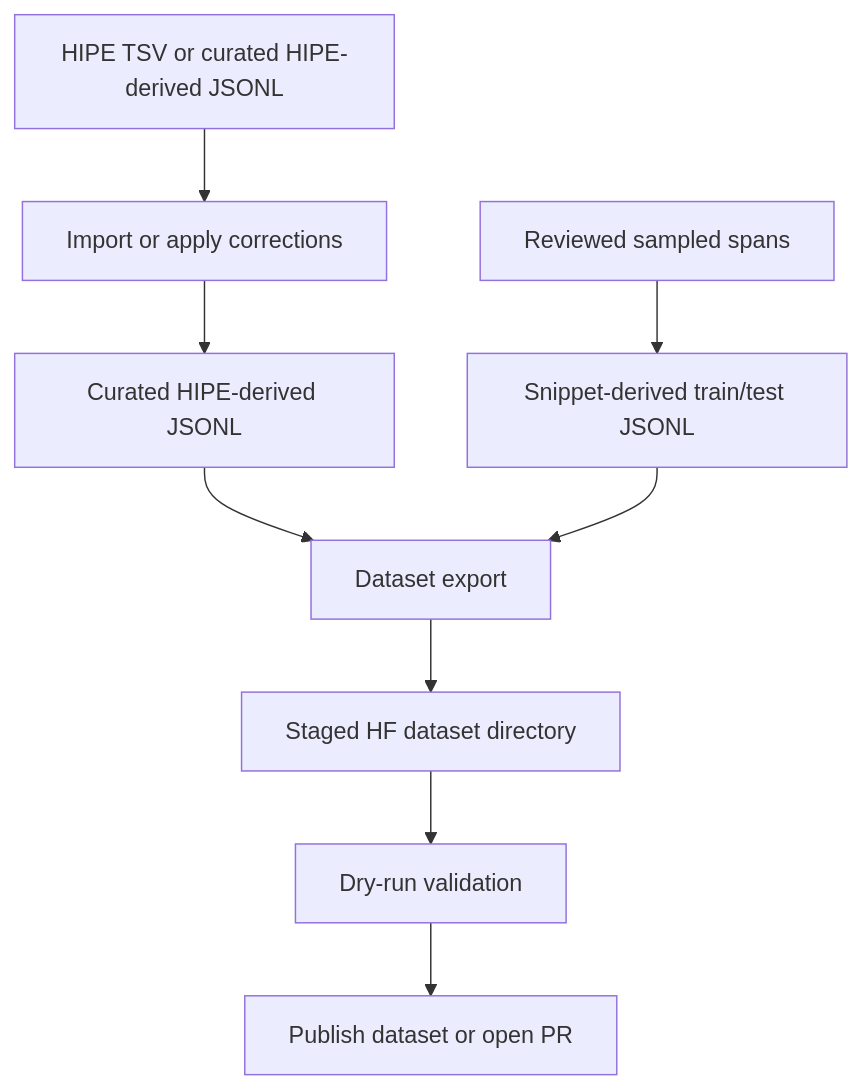
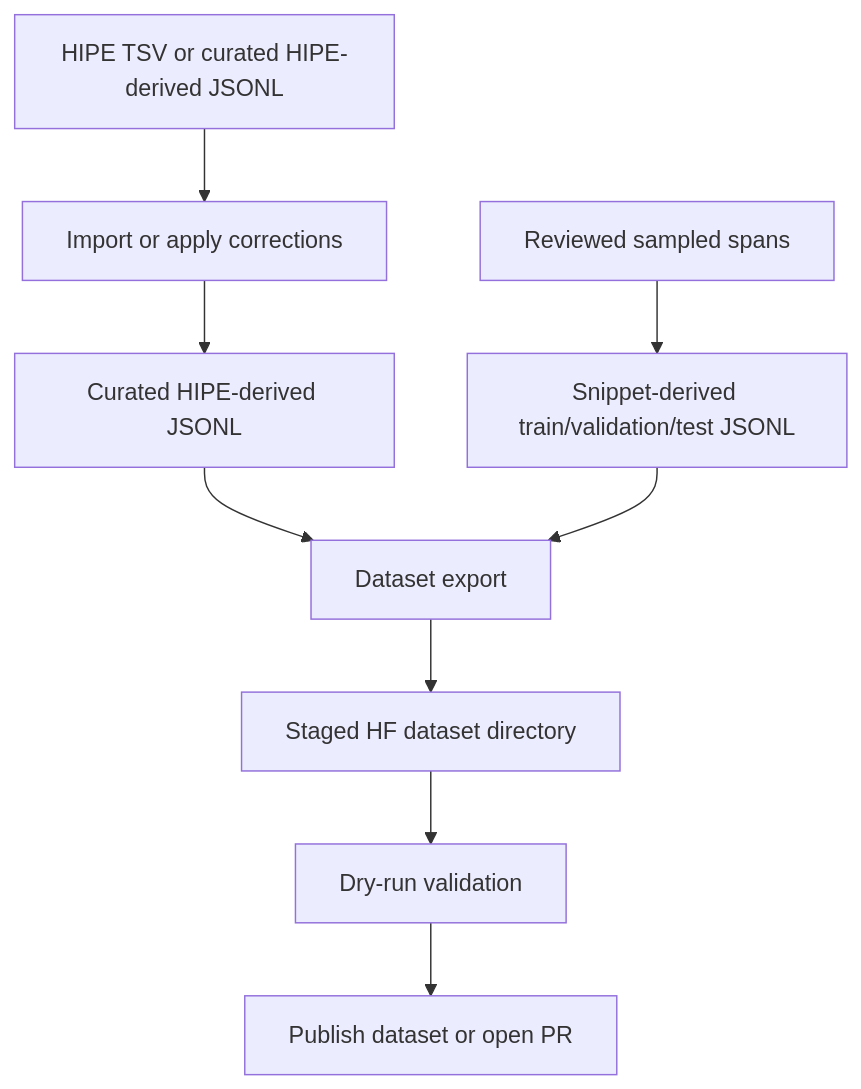
Before and after one commit to impresso/impresso-mediasources-ner-workbench: the fifth of 11 diagrams in docs/workflows.md, drawn with Mermaid. The commit also changed other lines of this file and 4 other files, not shown here.

````diff
--- a/docs/workflows.md
+++ b/docs/workflows.md
@@ -80,11 +80,11 @@
 ```mermaid
 flowchart TD
   A[HIPE TSV or curated HIPE-derived JSONL] --> B[Import or apply corrections]
   B --> C[Curated HIPE-derived JSONL]
-  D[Reviewed sampled spans] --> E[Snippet-derived train/test JSONL]
+  D[Reviewed sampled spans] --> E[Snippet-derived train/validation/test JSONL]
   C --> F[Dataset export]
   E --> F
   F --> G[Staged HF dataset directory]
   G --> H[Dry-run validation]
   H --> I[Publish dataset or open PR]
 ```
````
